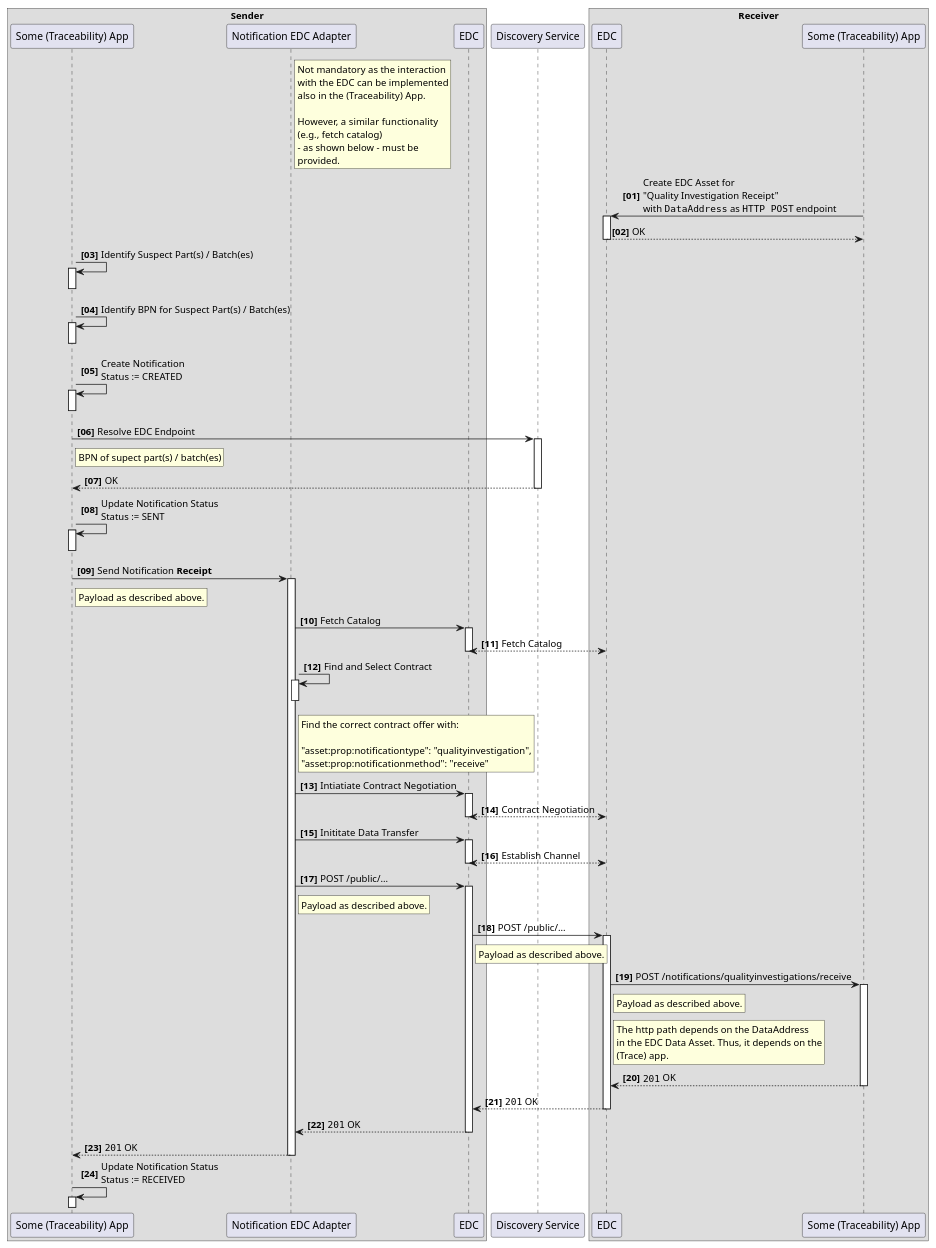
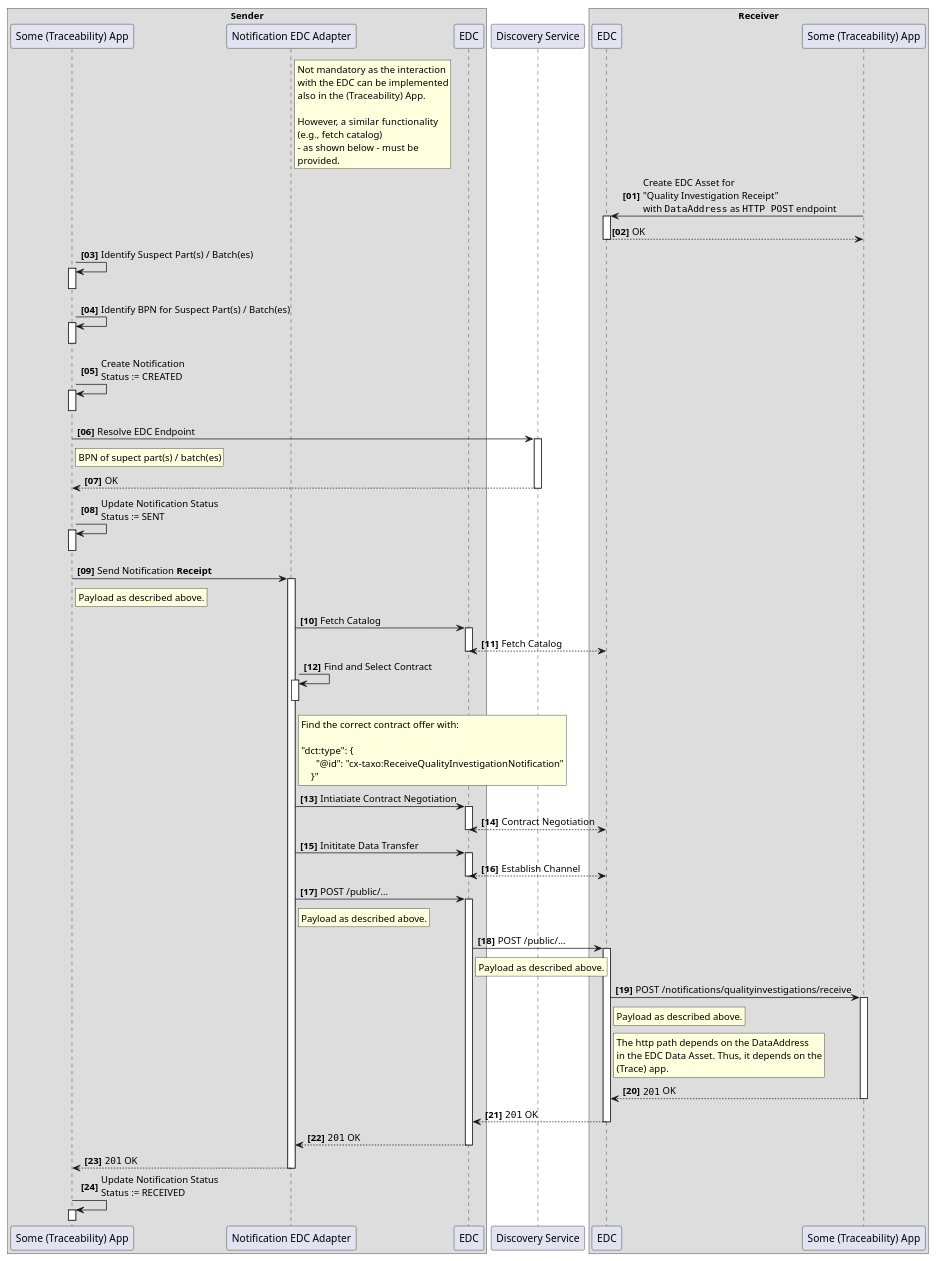
The diagram in docs-kits/kits/Traceability Kit/diagrams/notifcation_send-receive.puml (eclipse-tractusx/eclipse-tractusx.github.io), drawn with PlantUML before and after one commit. The commit also changed 28 other files, not shown here.

```diff
--- a/docs-kits/kits/Traceability Kit/diagrams/notifcation_send-receive.puml
+++ b/docs-kits/kits/Traceability Kit/diagrams/notifcation_send-receive.puml
@@ -1,83 +1,84 @@
 @startuml
 
 autonumber "<B>[00]"
 autoactivate on
 
 box "Sender"
 participant "Some (Traceability) App" as TraceApp1 order 0
 participant "Notification EDC Adapter" as NAdapter order 1
 rnote right NAdapter
 Not mandatory as the interaction
 with the EDC can be implemented
 also in the (Traceability) App.
 
 However, a similar functionality
 (e.g., fetch catalog)
 - as shown below - must be
 provided.
 end rnote
 participant "EDC" as SEDC order 2
 end box
 participant "Discovery Service" as SD order 3
 box "Receiver"
 participant "EDC" as REDC order 4
 participant "Some (Traceability) App" as TraceApp2 order 5
 end box
 
 TraceApp2 -> REDC: Create EDC Asset for \n"Quality Investigation Receipt"\nwith ""DataAddress"" as ""HTTP POST"" endpoint
 return OK
 TraceApp1 -> TraceApp1: Identify Suspect Part(s) / Batch(es)
 deactivate TraceApp1
 TraceApp1 -> TraceApp1: Identify BPN for Suspect Part(s) / Batch(es)
 deactivate TraceApp1
 TraceApp1 -> TraceApp1: Create Notification\nStatus := CREATED
 deactivate TraceApp1
 TraceApp1 -> SD: Resolve EDC Endpoint
 rnote right TraceApp1
 BPN of supect part(s) / batch(es)
 end rnote
 return OK
 TraceApp1 -> TraceApp1: Update Notification Status\nStatus := SENT
 deactivate TraceApp1
 TraceApp1 -> NAdapter: Send Notification **Receipt**
 rnote right TraceApp1
 Payload as described above.
 end rnote
 NAdapter -> SEDC: Fetch Catalog
 SEDC <-[dotted]-> REDC: Fetch Catalog
 NAdapter -> NAdapter: Find and Select Contract
 rnote right NAdapter
 Find the correct contract offer with:
 
-"asset:prop:notificationtype": "qualityinvestigation",
-"asset:prop:notificationmethod": "receive"
+"dct:type": {
+      "@id": "cx-taxo:ReceiveQualityInvestigationNotification"
+    }"
 end rnote
 deactivate NAdapter
 NAdapter -> SEDC: Intiatiate Contract Negotiation
 SEDC <-[dotted]-> REDC: Contract Negotiation
 NAdapter -> SEDC: Inititate Data Transfer
 SEDC <-[dotted]-> REDC: Establish Channel
 NAdapter -> SEDC: POST /public/...
 rnote right NAdapter
 Payload as described above.
 end rnote
 SEDC -> REDC: POST /public/...
 rnote right SEDC
 Payload as described above.
 end rnote
 REDC -> TraceApp2: POST /notifications/qualityinvestigations/receive
 rnote right REDC
 Payload as described above.
 end rnote
 rnote right REDC
 The http path depends on the DataAddress
 in the EDC Data Asset. Thus, it depends on the
 (Trace) app.
 end rnote
 TraceApp2 -[dotted]->REDC: ""201"" OK
 REDC -[dotted]-> SEDC: ""201"" OK
 SEDC -[dotted]-> NAdapter: ""201"" OK
 NAdapter -[dotted]-> TraceApp1: ""201"" OK
 TraceApp1 -> TraceApp1: Update Notification Status\nStatus := RECEIVED
 
 @enduml
```
